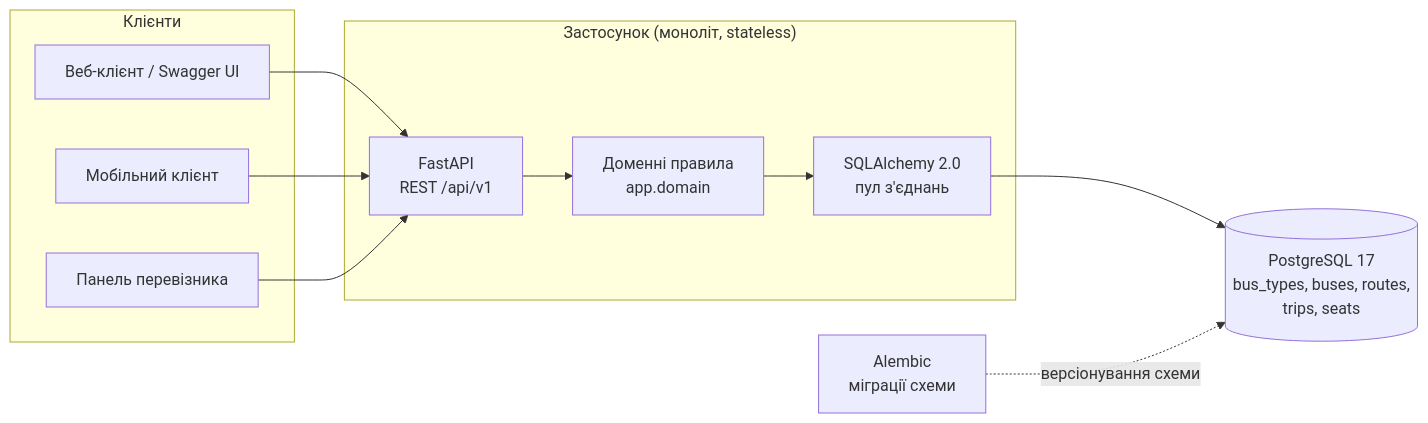
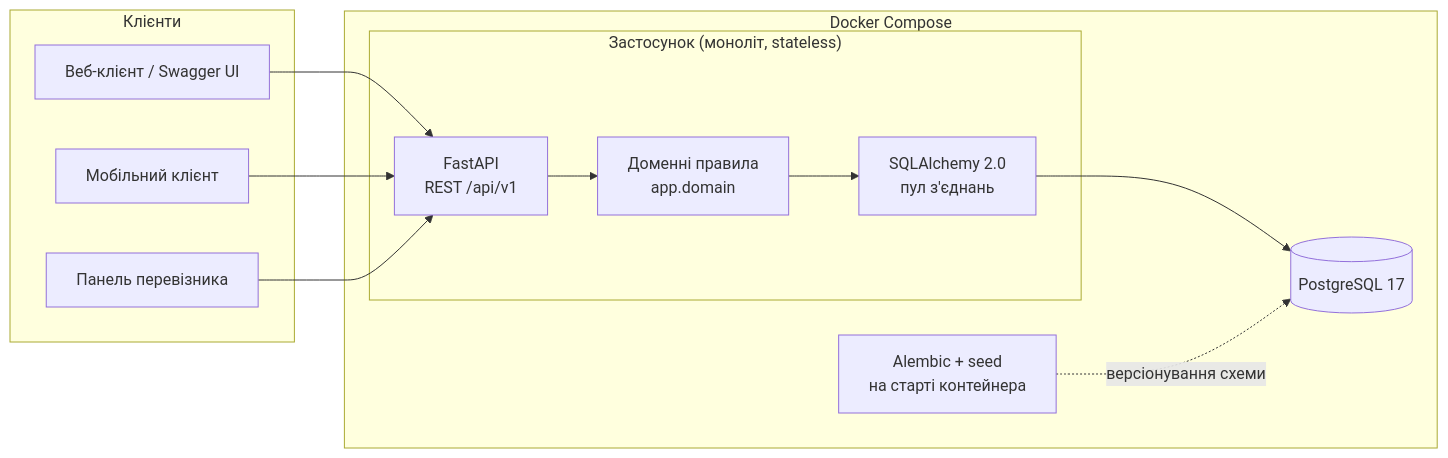
One commit to MTGMODS/web_python_labs changed the first of 4 diagrams in docs/02-architecture.md. Above: the diagram before and after it, drawn with Mermaid. The commit also changed other lines of this file and 6 other files, not shown here.

Commit message:
chore: підняти застосунок і PostgreSQL одним Docker Compose

````diff
--- a/docs/02-architecture.md
+++ b/docs/02-architecture.md
@@ -27,25 +30,26 @@
 ```mermaid
 flowchart LR
     subgraph clients["Клієнти"]
         web["Веб-клієнт / Swagger UI"]
         mobile["Мобільний клієнт"]
         admin["Панель перевізника"]
     end
 
-    subgraph app["Застосунок (моноліт, stateless)"]
-        api["FastAPI<br/>REST /api/v1"]
-        domain["Доменні правила<br/>app.domain"]
-        orm["SQLAlchemy 2.0<br/>пул з'єднань"]
+    subgraph compose["Docker Compose"]
+        subgraph app["Застосунок (моноліт, stateless)"]
+            api["FastAPI<br/>REST /api/v1"]
+            domain["Доменні правила<br/>app.domain"]
+            orm["SQLAlchemy 2.0<br/>пул з'єднань"]
+        end
+        db[("PostgreSQL 17")]
+        alembic["Alembic + seed<br/>на старті контейнера"]
     end
-
-    db[("PostgreSQL 17<br/>bus_types, buses, routes,<br/>trips, seats")]
-    alembic["Alembic<br/>міграції схеми"]
 
     web --> api
     mobile --> api
     admin --> api
     api --> domain
     domain --> orm
     orm --> db
     alembic -.->|"версіонування схеми"| db
 ```
````
